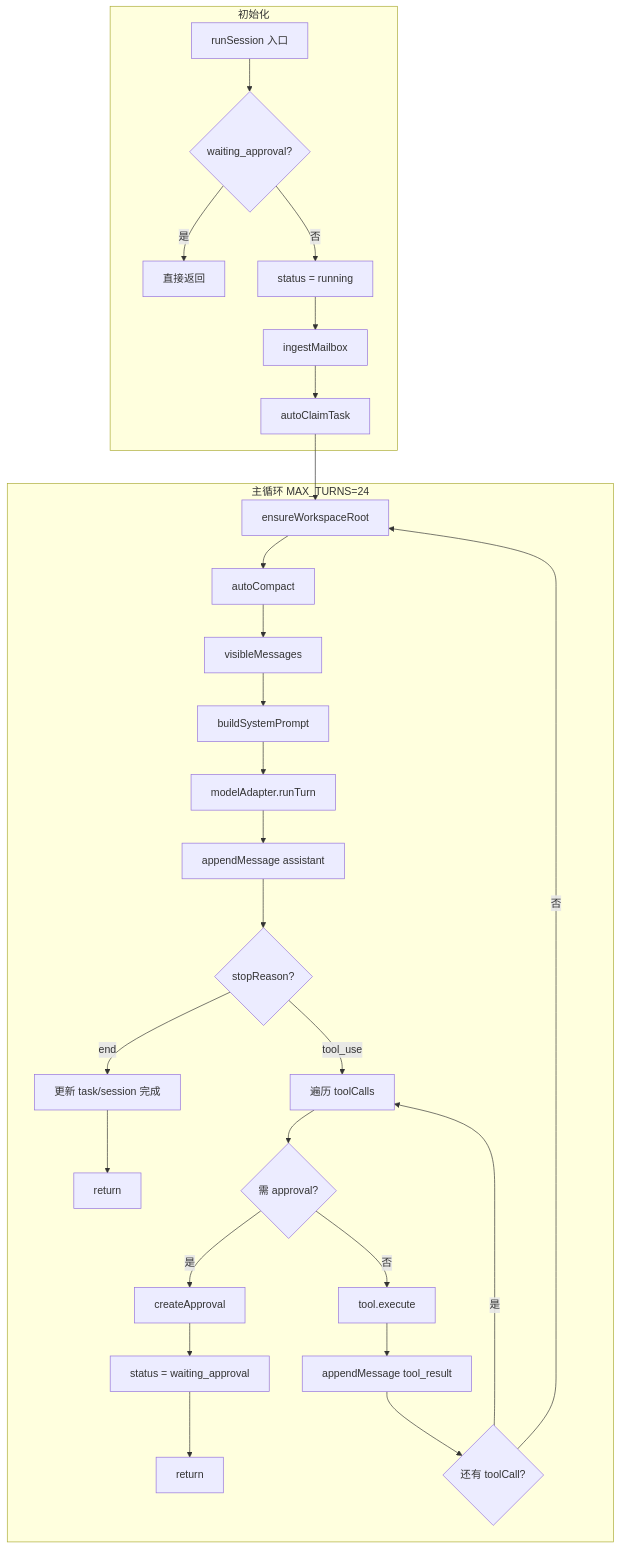
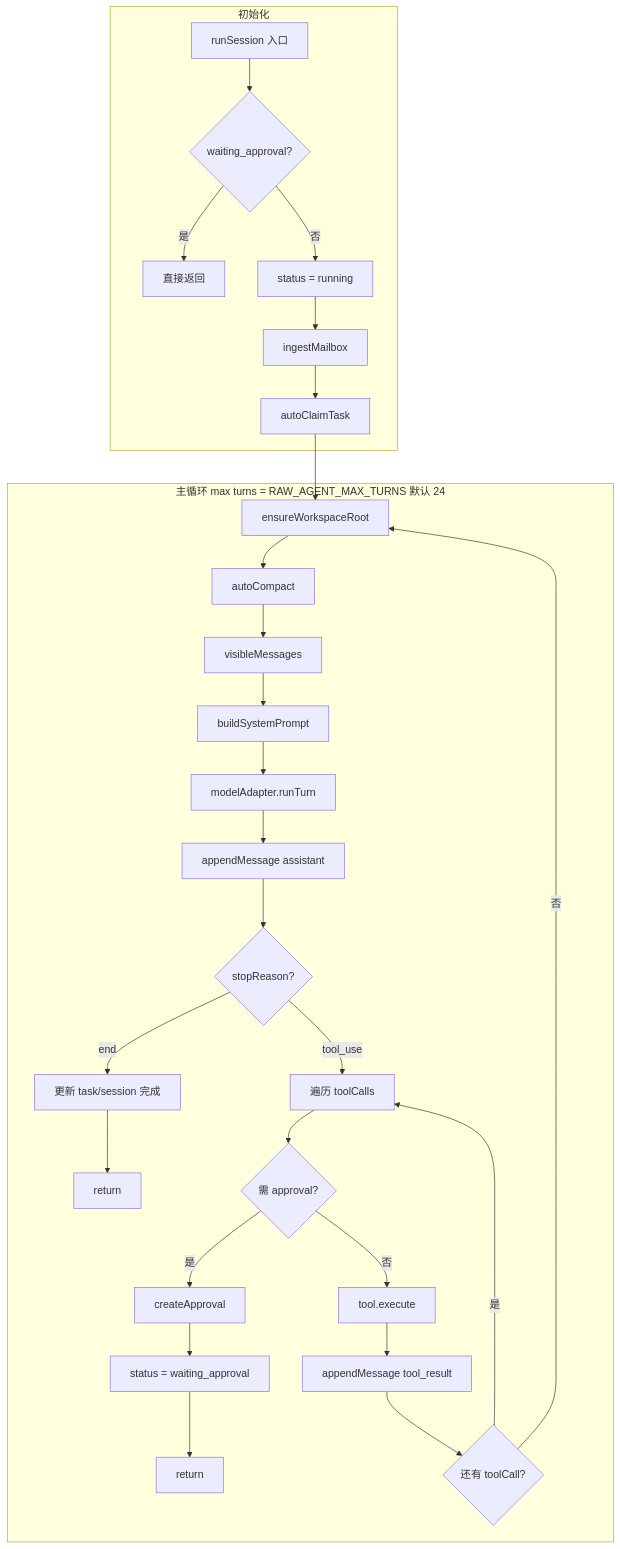
The first of 7 diagrams in docs/ARCHITECTURE.md (magele758/ppeng-agent-core), drawn with Mermaid before and after one commit. The commit also changed other lines of this file, not shown here.

Commit message:
docs(architecture): harness workflow, subagent roles, env RAW_AGENT_MAX_TURNS

````diff
--- a/docs/ARCHITECTURE.md
+++ b/docs/ARCHITECTURE.md
@@ -121,32 +121,32 @@
 ```mermaid
 flowchart TB
     subgraph init [初始化]
         A[runSession 入口] --> B{waiting_approval?}
         B -->|是| Z1[直接返回]
         B -->|否| C[status = running]
         C --> D[ingestMailbox]
         D --> E[autoClaimTask]
     end
 
-    subgraph loop [主循环 MAX_TURNS=24]
+    subgraph loop [主循环 max turns = RAW_AGENT_MAX_TURNS 默认 24]
         E --> F[ensureWorkspaceRoot]
         F --> G[autoCompact]
         G --> H[visibleMessages]
         H --> I[buildSystemPrompt]
         I --> J[modelAdapter.runTurn]
         J --> K[appendMessage assistant]
         K --> L{stopReason?}
         L -->|end| M[更新 task/session 完成]
         M --> Z2[return]
         L -->|tool_use| N[遍历 toolCalls]
         N --> O{需 approval?}
         O -->|是| P[createApproval]
         P --> Q[status = waiting_approval]
         Q --> Z3[return]
         O -->|否| R[tool.execute]
         R --> S[appendMessage tool_result]
         S --> T{还有 toolCall?}
         T -->|是| N
         T -->|否| F
     end
 ```
````
